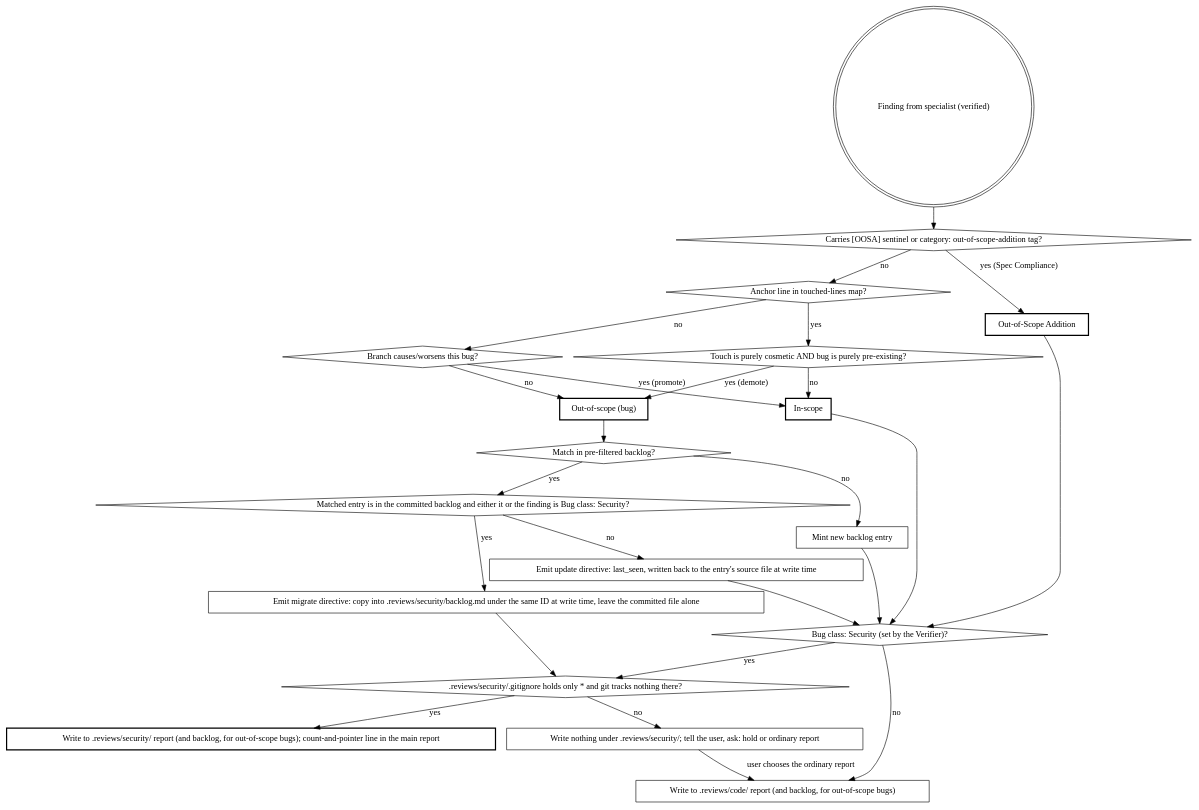
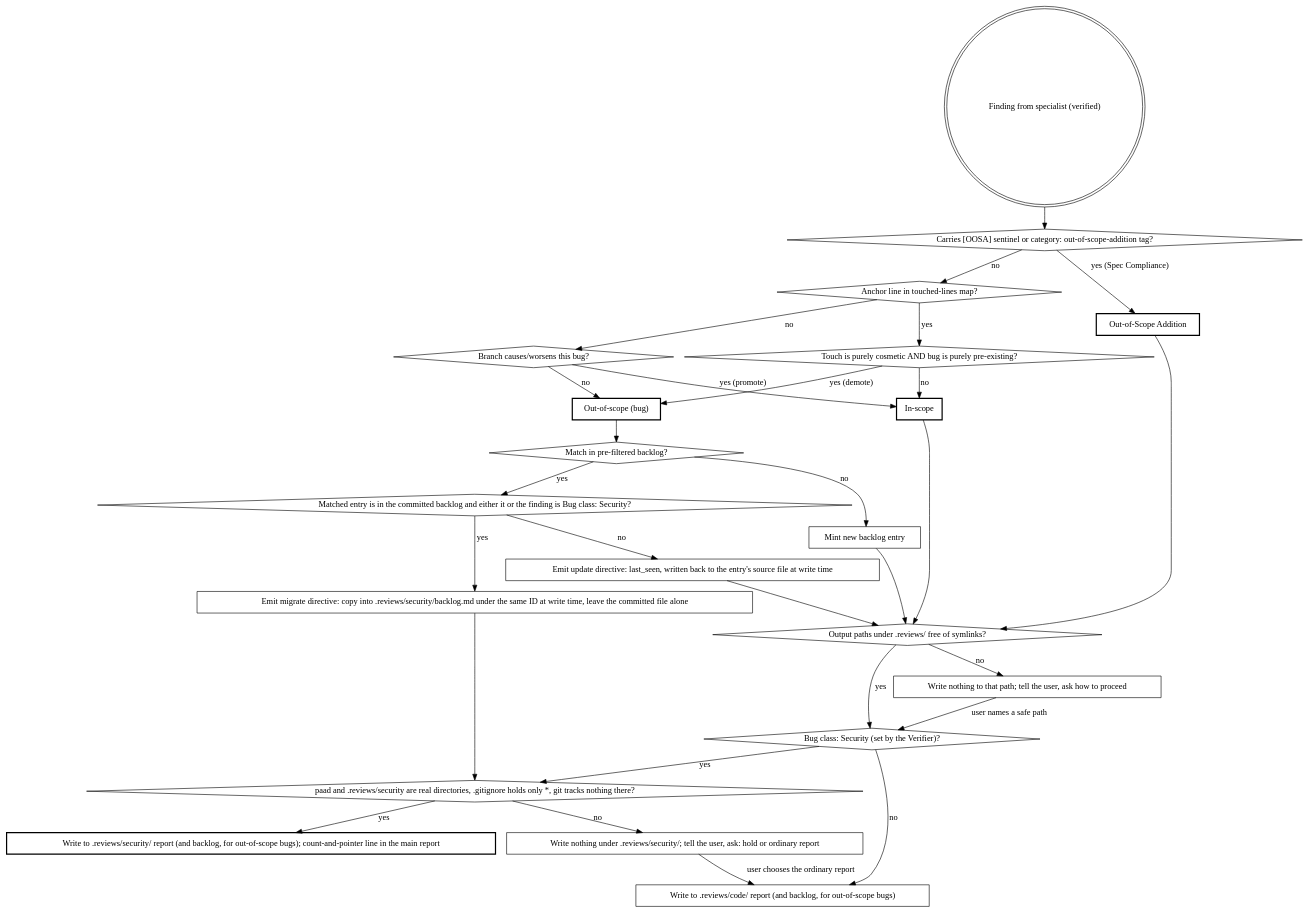
The first of 2 diagrams in kiro_and_antigravity/skills/.kiro/skills/agentic-review/SKILL.md (Ovid/paad), drawn with Graphviz before and after one commit. The commit also changed other lines of this file and 51 other files, not shown here.

````diff
--- a/kiro_and_antigravity/skills/.kiro/skills/agentic-review/SKILL.md
+++ b/kiro_and_antigravity/skills/.kiro/skills/agentic-review/SKILL.md
@@ -20,48 +22,53 @@
 ```dot
 digraph classification {
   "Finding from specialist (verified)" [shape=doublecircle];
   "Carries [OOSA] sentinel or category: out-of-scope-addition tag?" [shape=diamond];
   "Anchor line in touched-lines map?" [shape=diamond];
   "Branch causes/worsens this bug?" [shape=diamond];
   "Touch is purely cosmetic AND bug is purely pre-existing?" [shape=diamond];
   "Match in pre-filtered backlog?" [shape=diamond];
   "Matched entry is in the committed backlog and either it or the finding is Bug class: Security?" [shape=diamond];
 
   "In-scope" [shape=box, style=bold];
   "Out-of-scope (bug)" [shape=box, style=bold];
   "Out-of-Scope Addition" [shape=box, style=bold];
   "Emit update directive: last_seen, written back to the entry's source file at write time" [shape=box];
   "Mint new backlog entry" [shape=box];
   "Emit migrate directive: copy into .reviews/security/backlog.md under the same ID at write time, leave the committed file alone" [shape=box];
+  "Output paths under .reviews/ free of symlinks?" [shape=diamond];
+  "Write nothing to that path; tell the user, ask how to proceed" [shape=box];
   "Bug class: Security (set by the Verifier)?" [shape=diamond];
   "Write to .reviews/security/ report (and backlog, for out-of-scope bugs); count-and-pointer line in the main report" [shape=box, style=bold];
-  ".reviews/security/.gitignore holds only * and git tracks nothing there?" [shape=diamond];
+  "paad and .reviews/security are real directories, .gitignore holds only *, git tracks nothing there?" [shape=diamond];
   "Write nothing under .reviews/security/; tell the user, ask: hold or ordinary report" [shape=box];
   "Write to .reviews/code/ report (and backlog, for out-of-scope bugs)" [shape=box];
 
   "Finding from specialist (verified)" -> "Carries [OOSA] sentinel or category: out-of-scope-addition tag?";
   "Carries [OOSA] sentinel or category: out-of-scope-addition tag?" -> "Out-of-Scope Addition" [label="yes (Spec Compliance)"];
-  "Out-of-Scope Addition" -> "Bug class: Security (set by the Verifier)?";
+  "Out-of-Scope Addition" -> "Output paths under .reviews/ free of symlinks?";
   "Carries [OOSA] sentinel or category: out-of-scope-addition tag?" -> "Anchor line in touched-lines map?" [label="no"];
   "Anchor line in touched-lines map?" -> "Touch is purely cosmetic AND bug is purely pre-existing?" [label="yes"];
   "Anchor line in touched-lines map?" -> "Branch causes/worsens this bug?" [label="no"];
   "Touch is purely cosmetic AND bug is purely pre-existing?" -> "Out-of-scope (bug)" [label="yes (demote)"];
   "Touch is purely cosmetic AND bug is purely pre-existing?" -> "In-scope" [label="no"];
   "Branch causes/worsens this bug?" -> "In-scope" [label="yes (promote)"];
   "Branch causes/worsens this bug?" -> "Out-of-scope (bug)" [label="no"];
   "Out-of-scope (bug)" -> "Match in pre-filtered backlog?";
   "Match in pre-filtered backlog?" -> "Matched entry is in the committed backlog and either it or the finding is Bug class: Security?" [label="yes"];
   "Matched entry is in the committed backlog and either it or the finding is Bug class: Security?" -> "Emit migrate directive: copy into .reviews/security/backlog.md under the same ID at write time, leave the committed file alone" [label="yes"];
   "Matched entry is in the committed backlog and either it or the finding is Bug class: Security?" -> "Emit update directive: last_seen, written back to the entry's source file at write time" [label="no"];
-  "Emit migrate directive: copy into .reviews/security/backlog.md under the same ID at write time, leave the committed file alone" -> ".reviews/security/.gitignore holds only * and git tracks nothing there?";
+  "Emit migrate directive: copy into .reviews/security/backlog.md under the same ID at write time, leave the committed file alone" -> "paad and .reviews/security are real directories, .gitignore holds only *, git tracks nothing there?";
   "Match in pre-filtered backlog?" -> "Mint new backlog entry" [label="no"];
-  "In-scope" -> "Bug class: Security (set by the Verifier)?";
-  "Emit update directive: last_seen, written back to the entry's source file at write time" -> "Bug class: Security (set by the Verifier)?";
-  "Mint new backlog entry" -> "Bug class: Security (set by the Verifier)?";
-  "Bug class: Security (set by the Verifier)?" -> ".reviews/security/.gitignore holds only * and git tracks nothing there?" [label="yes"];
-  ".reviews/security/.gitignore holds only * and git tracks nothing there?" -> "Write to .reviews/security/ report (and backlog, for out-of-scope bugs); count-and-pointer line in the main report" [label="yes"];
-  ".reviews/security/.gitignore holds only * and git tracks nothing there?" -> "Write nothing under .reviews/security/; tell the user, ask: hold or ordinary report" [label="no"];
+  "In-scope" -> "Output paths under .reviews/ free of symlinks?";
+  "Emit update directive: last_seen, written back to the entry's source file at write time" -> "Output paths under .reviews/ free of symlinks?";
+  "Mint new backlog entry" -> "Output paths under .reviews/ free of symlinks?";
+  "Bug class: Security (set by the Verifier)?" -> "paad and .reviews/security are real directories, .gitignore holds only *, git tracks nothing there?" [label="yes"];
+  "paad and .reviews/security are real directories, .gitignore holds only *, git tracks nothing there?" -> "Write to .reviews/security/ report (and backlog, for out-of-scope bugs); count-and-pointer line in the main report" [label="yes"];
+  "paad and .reviews/security are real directories, .gitignore holds only *, git tracks nothing there?" -> "Write nothing under .reviews/security/; tell the user, ask: hold or ordinary report" [label="no"];
   "Bug class: Security (set by the Verifier)?" -> "Write to .reviews/code/ report (and backlog, for out-of-scope bugs)" [label="no"];
   "Write nothing under .reviews/security/; tell the user, ask: hold or ordinary report" -> "Write to .reviews/code/ report (and backlog, for out-of-scope bugs)" [label="user chooses the ordinary report"];
+  "Output paths under .reviews/ free of symlinks?" -> "Bug class: Security (set by the Verifier)?" [label="yes"];
+  "Output paths under .reviews/ free of symlinks?" -> "Write nothing to that path; tell the user, ask how to proceed" [label="no"];
+  "Write nothing to that path; tell the user, ask how to proceed" -> "Bug class: Security (set by the Verifier)?" [label="user names a safe path"];
 }
 ```
````
